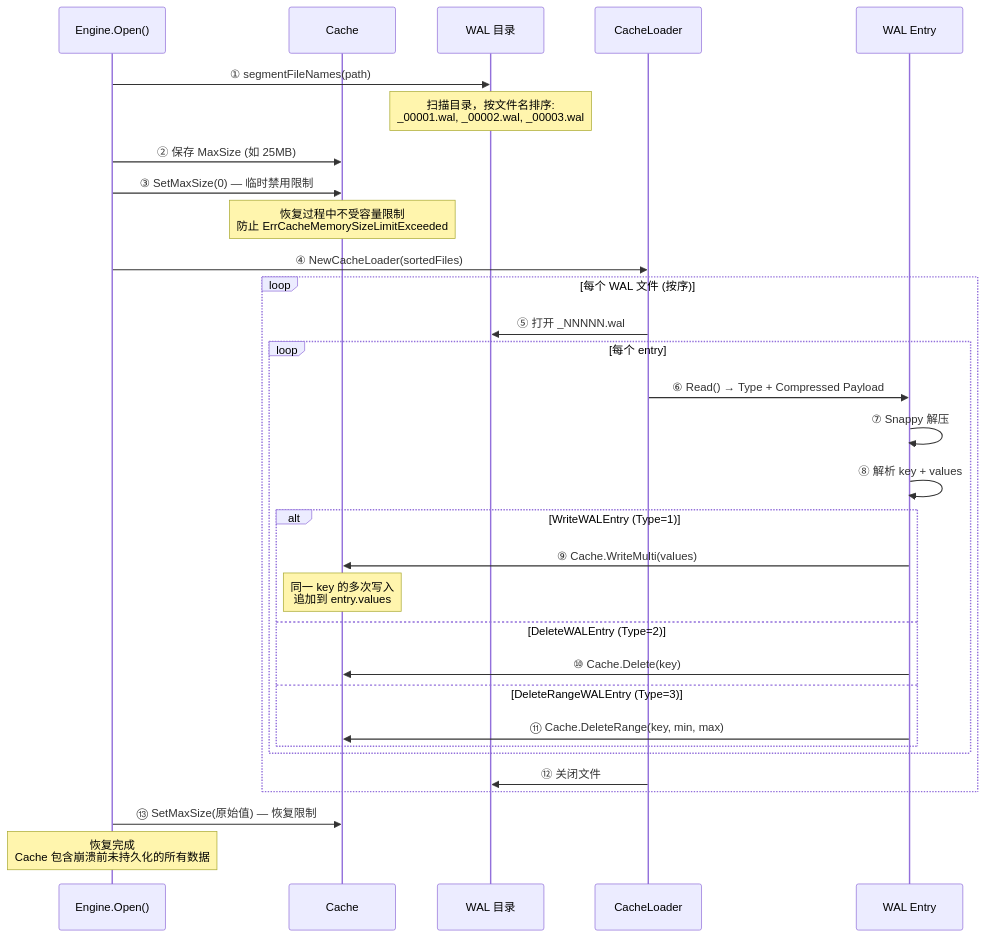
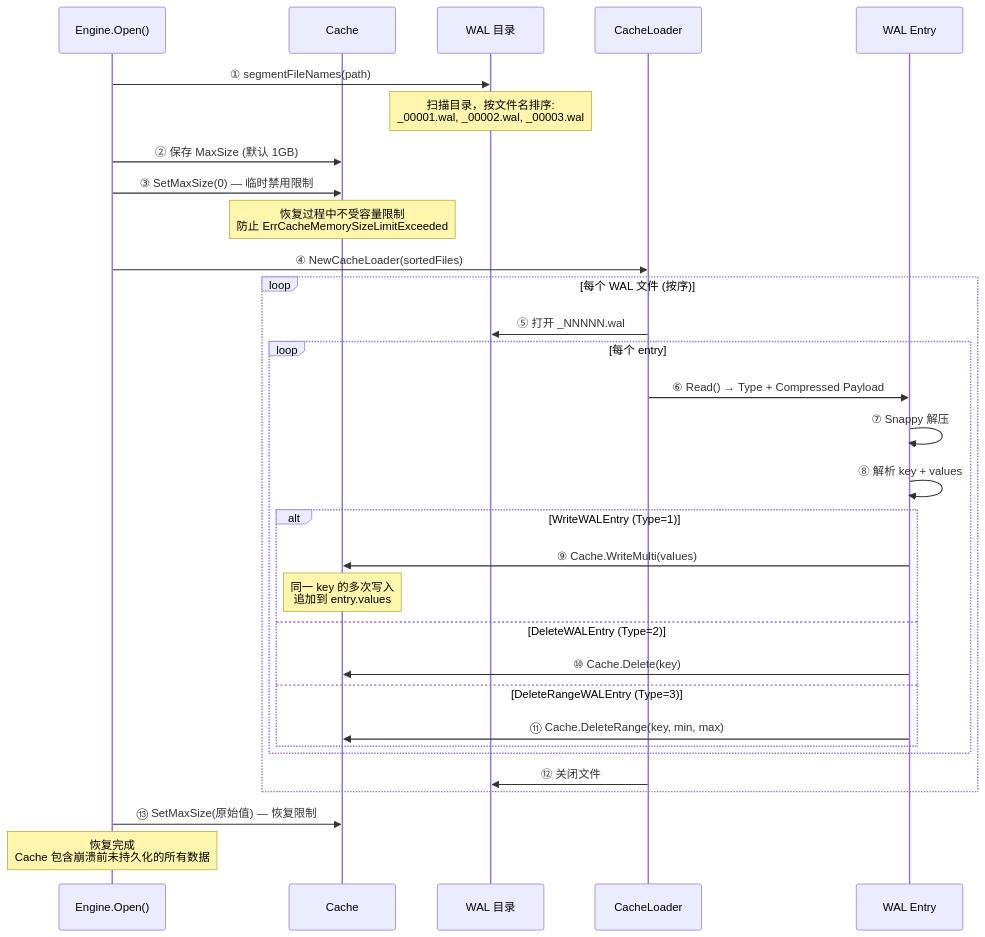
Diagram 20 of 20 in docs/specs/01_write_engine_spec.md (stefanv5/influxdb), drawn with Mermaid before and after one commit. The commit also changed other lines of this file and 16 other files, not shown here.

First line of the commit message:
docs: correct and deepen the 17 architecture specs

````diff
--- a/docs/specs/01_write_engine_spec.md
+++ b/docs/specs/01_write_engine_spec.md
@@ -2019,39 +2525,39 @@
 ```mermaid
 sequenceDiagram
     participant Open as Engine.Open()
     participant Cache as Cache
     participant WAL as WAL 目录
     participant Loader as CacheLoader
     participant Entry as WAL Entry
 
     Open->>WAL: ① segmentFileNames(path)
     Note over WAL: 扫描目录，按文件名排序:<br>_00001.wal, _00002.wal, _00003.wal
 
-    Open->>Cache: ② 保存 MaxSize (如 25MB)
+    Open->>Cache: ② 保存 MaxSize (默认 1GB)
     Open->>Cache: ③ SetMaxSize(0) — 临时禁用限制
     Note over Cache: 恢复过程中不受容量限制<br>防止 ErrCacheMemorySizeLimitExceeded
 
     Open->>Loader: ④ NewCacheLoader(sortedFiles)
 
     loop 每个 WAL 文件 (按序)
         Loader->>WAL: ⑤ 打开 _NNNNN.wal
         loop 每个 entry
             Loader->>Entry: ⑥ Read() → Type + Compressed Payload
             Entry->>Entry: ⑦ Snappy 解压
             Entry->>Entry: ⑧ 解析 key + values
 
             alt WriteWALEntry (Type=1)
                 Entry->>Cache: ⑨ Cache.WriteMulti(values)
                 Note over Cache: 同一 key 的多次写入<br>追加到 entry.values
             else DeleteWALEntry (Type=2)
                 Entry->>Cache: ⑩ Cache.Delete(key)
             else DeleteRangeWALEntry (Type=3)
                 Entry->>Cache: ⑪ Cache.DeleteRange(key, min, max)
             end
         end
         Loader->>WAL: ⑫ 关闭文件
     end
 
     Open->>Cache: ⑬ SetMaxSize(原始值) — 恢复限制
     Note over Open: 恢复完成<br>Cache 包含崩溃前未持久化的所有数据
 ```
````
